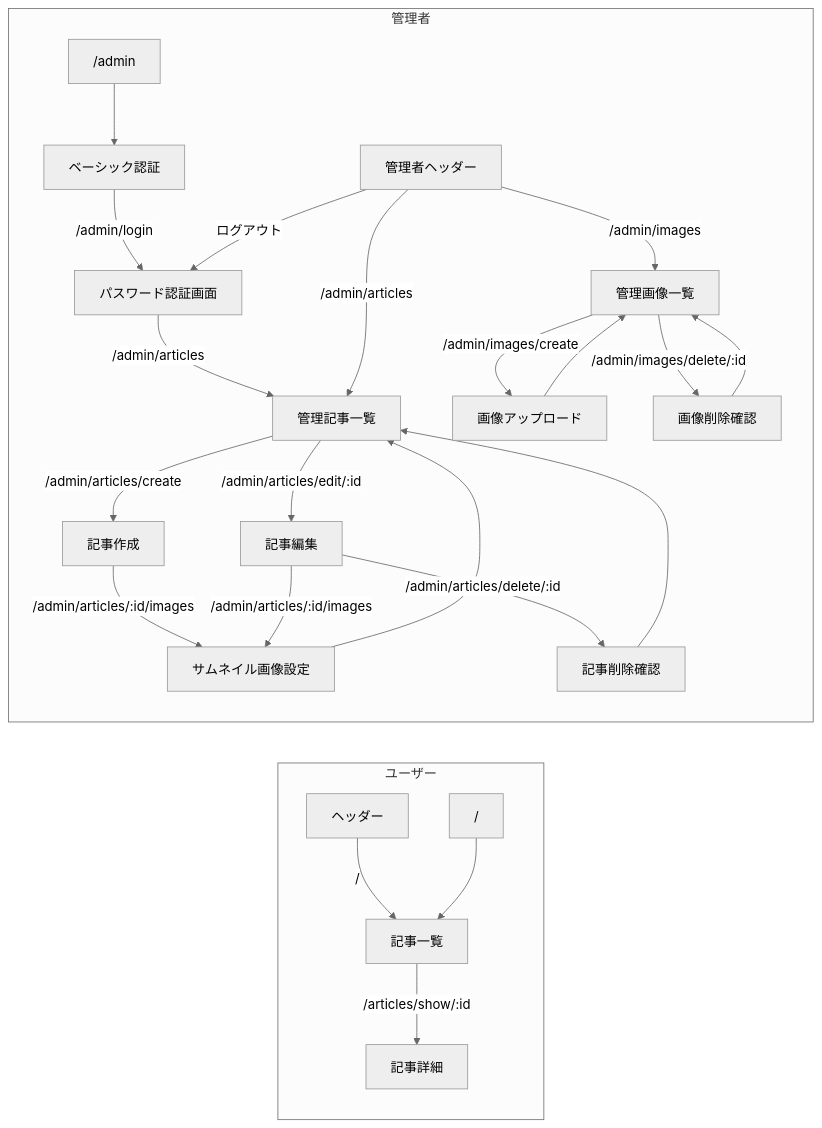
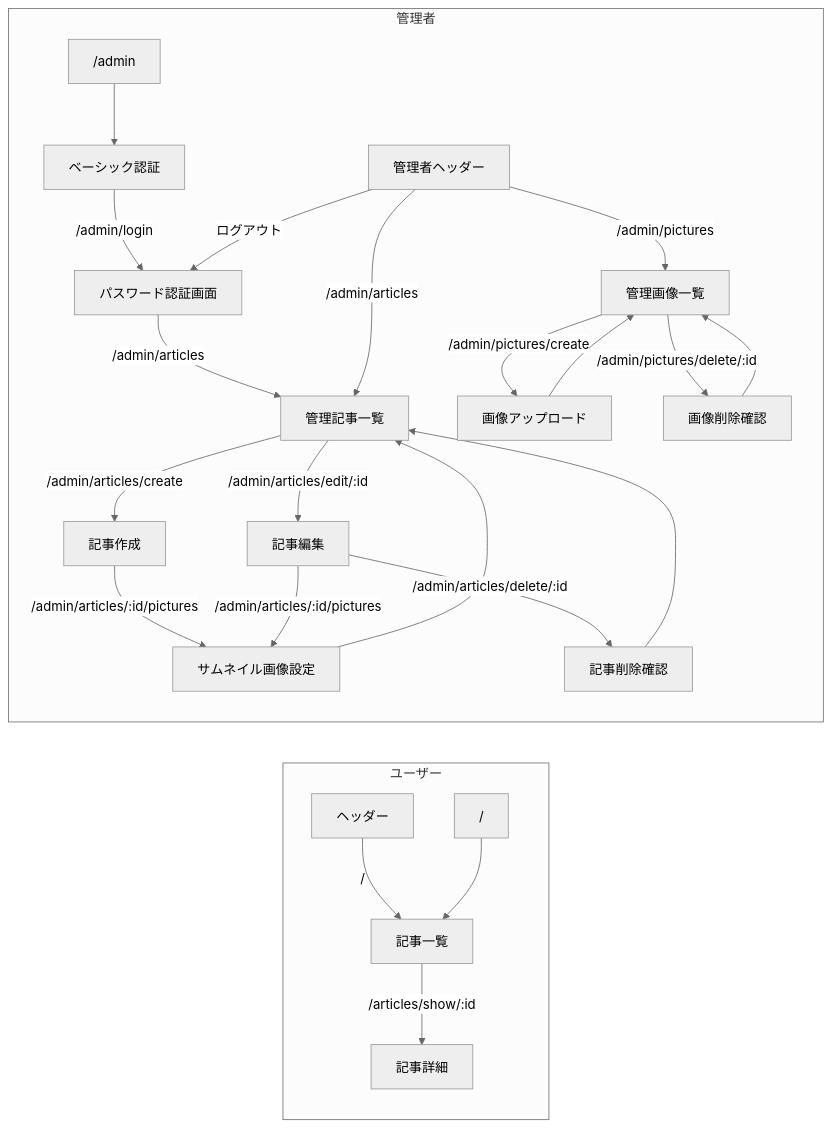
One commit to hdk-t/simple-cms changed the first of 2 diagrams in README.md. Above: the diagram before and after it, drawn with Mermaid (neutral theme). The commit also changed other lines of this file and 24 other files, not shown here.

````diff
--- a/README.md
+++ b/README.md
@@ -46,27 +48,27 @@
 ```mermaid
 graph LR
 
     subgraph user [ユーザー]
         ヘッダー--"/"-->記事一覧
         /-->記事一覧
         記事一覧--"/articles/show/:id"-->記事詳細
     end
     
     subgraph admin [管理者]
         /admin-->ベーシック認証--"/admin/login"-->パスワード認証画面--"/admin/articles"-->管理記事一覧
         管理者ヘッダー--"/admin/articles"-->管理記事一覧
-        管理者ヘッダー--"/admin/images"-->管理画像一覧
+        管理者ヘッダー--"/admin/pictures"-->管理画像一覧
         管理者ヘッダー--ログアウト-->パスワード認証画面
         管理記事一覧--"/admin/articles/create"-->記事作成
-        記事作成--"/admin/articles/:id/images"-->サムネイル画像設定
+        記事作成--"/admin/articles/:id/pictures"-->サムネイル画像設定
         管理記事一覧--"/admin/articles/edit/:id"-->記事編集
-        記事編集--"/admin/articles/:id/images"-->サムネイル画像設定
+        記事編集--"/admin/articles/:id/pictures"-->サムネイル画像設定
         サムネイル画像設定-->管理記事一覧
         記事編集--"/admin/articles/delete/:id"-->記事削除確認
         記事削除確認-->管理記事一覧
-        管理画像一覧--"/admin/images/create"-->画像アップロード
+        管理画像一覧--"/admin/pictures/create"-->画像アップロード
         画像アップロード-->管理画像一覧
-        管理画像一覧--"/admin/images/delete/:id"-->画像削除確認
+        管理画像一覧--"/admin/pictures/delete/:id"-->画像削除確認
         画像削除確認-->管理画像一覧
     end
 ```
````
